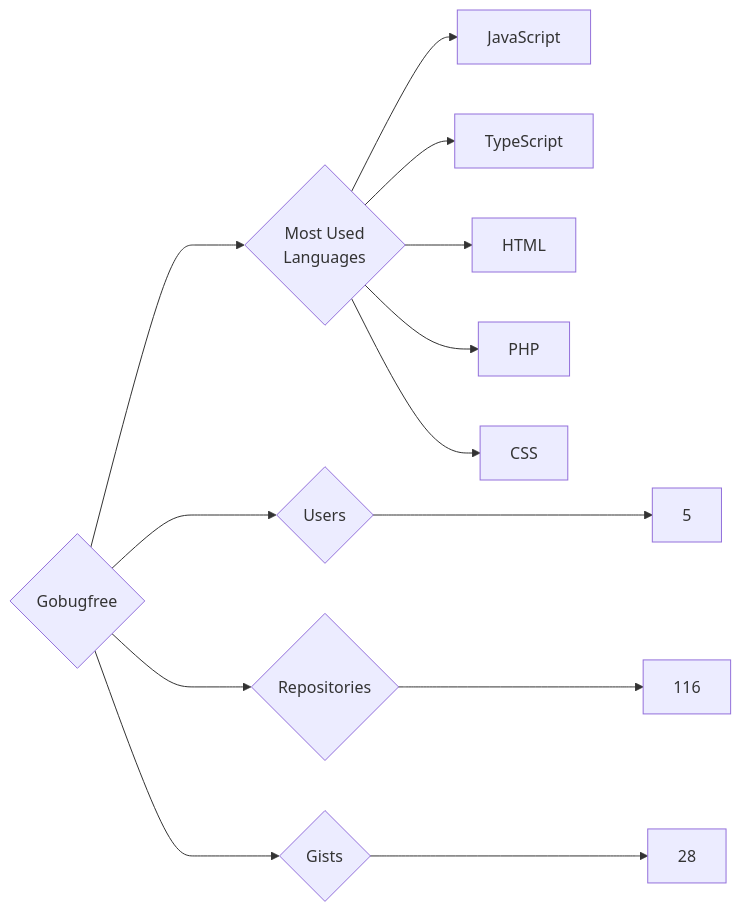
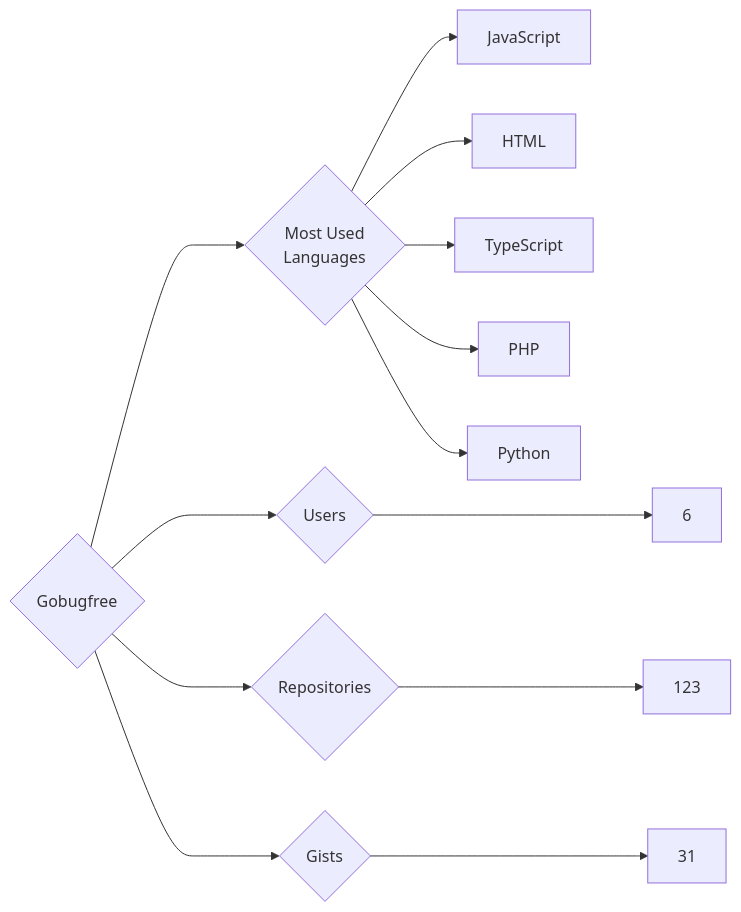
Before and after one commit to trickest/insiders: the diagram in targets/Gobugfree/README.md, drawn with Mermaid. The commit also changed 1195 other files, not shown here.

````diff
--- a/targets/Gobugfree/README.md
+++ b/targets/Gobugfree/README.md
@@ -3,13 +3,13 @@
 ```mermaid
 graph LR
 COMPANY_NAME{Gobugfree}
-COMPANY_NAME ---> U{Users} ---> UN[5]
-COMPANY_NAME ---> R{Repositories} ---> RN[116]
-COMPANY_NAME ---> G{Gists} ---> GN[28]
+COMPANY_NAME ---> U{Users} ---> UN[6]
+COMPANY_NAME ---> R{Repositories} ---> RN[123]
+COMPANY_NAME ---> G{Gists} ---> GN[31]
 COMPANY_NAME ---> ML{Most Used<br>Languages}
 ML --> JavaScript[JavaScript]
+ML --> HTML[HTML]
 ML --> TypeScript[TypeScript]
-ML --> HTML[HTML]
 ML --> PHP[PHP]
-ML --> CSS[CSS]
+ML --> Python[Python]
 ```
````
